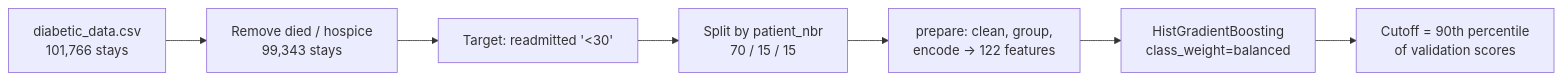
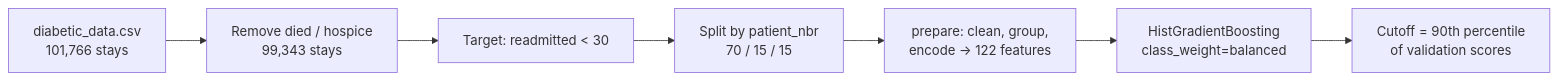
One commit to EasinTanvir/diabetes-readmission-risk-api changed the second of 2 diagrams in README.md. Above: the diagram before and after it, drawn with Mermaid. The commit also changed other lines of this file and 2 other files, not shown here.

````diff
--- a/README.md
+++ b/README.md
@@ -164,9 +164,9 @@
 ```mermaid
 flowchart LR
     A[diabetic_data.csv<br/>101,766 stays] --> B[Remove died / hospice<br/>99,343 stays]
-    B --> C[Target: readmitted '<30']
+    B --> C["Target: readmitted &lt; 30"]
     C --> D[Split by patient_nbr<br/>70 / 15 / 15]
-    D --> E[prepare: clean, group,<br/>encode -> 122 features]
+    D --> E["prepare: clean, group,<br/>encode -&gt; 122 features"]
     E --> F[HistGradientBoosting<br/>class_weight=balanced]
     F --> G[Cutoff = 90th percentile<br/>of validation scores]
 ```
````
